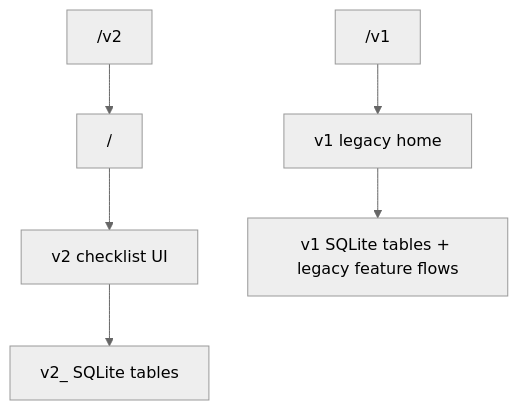
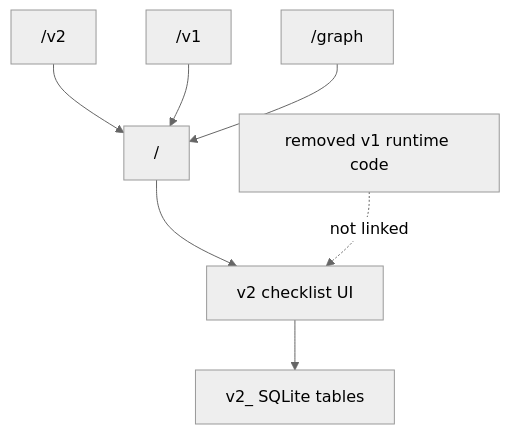
The diagram in docs/v2-notes/008-main-ui-transition.md (U-Keun/Tickly), drawn with Mermaid (neutral theme) before and after one commit. The commit also changed other lines of this file and 166 other files, not shown here.

Commit message:
chore: remove legacy v1 runtime

````diff
--- a/docs/v2-notes/008-main-ui-transition.md
+++ b/docs/v2-notes/008-main-ui-transition.md
@@ -18,8 +21,9 @@
 ```mermaid
 flowchart TB
   Root["/"] --> V2["v2 checklist UI"]
   Alias["/v2"] --> Root
-  Legacy["/v1"] --> V1["v1 legacy home"]
+  Legacy["/v1"] --> Root
+  OldGraph["/graph"] --> Root
   V2 --> V2Data["v2_ SQLite tables"]
-  V1 --> V1Data["v1 SQLite tables + legacy feature flows"]
+  Removed["removed v1 runtime code"] -. "not linked" .-> V2
 ```
````
